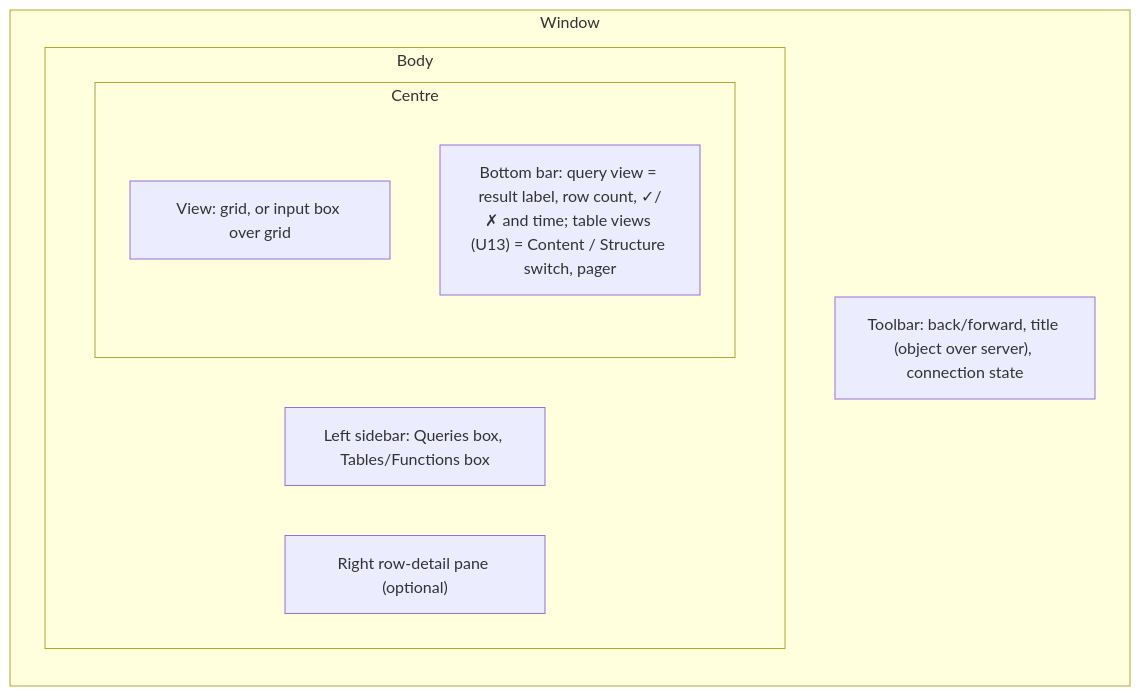
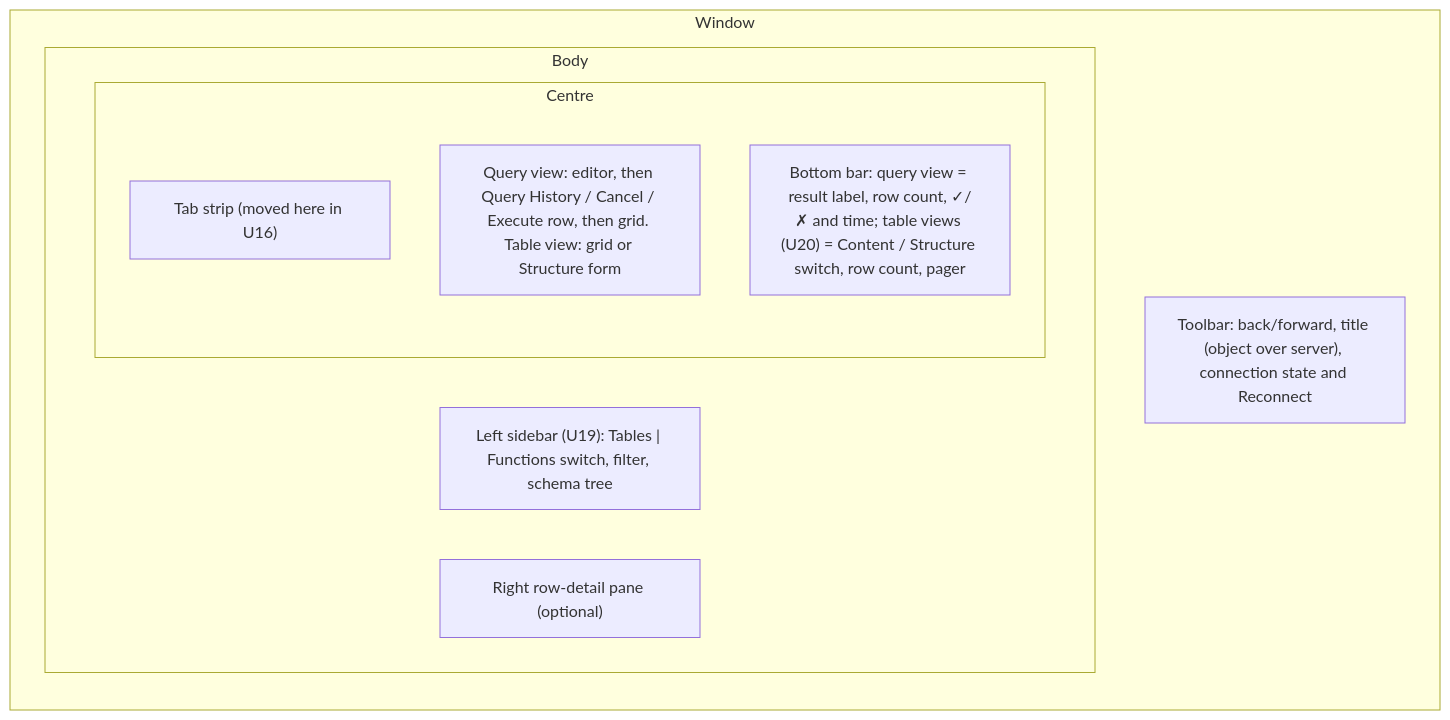
The seventh of 7 diagrams in docs/plans/2026-10-25-2038-feat-postgres-explorer-plan.md (robertguss/safe-c), drawn with Mermaid before and after one commit. The commit also changed other lines of this file, not shown here.

````diff
--- a/docs/plans/2026-10-25-2038-feat-postgres-explorer-plan.md
+++ b/docs/plans/2026-10-25-2038-feat-postgres-explorer-plan.md
@@ -238,17 +329,18 @@
 ```mermaid
 flowchart LR
   subgraph Window
     direction TB
-    TB["Toolbar: back/forward, title (object over server), connection state"]
+    TB["Toolbar: back/forward, title (object over server), connection state and Reconnect"]
     subgraph Body
       direction LR
-      SB["Left sidebar: Queries box, Tables/Functions box"]
+      SB["Left sidebar (U19): Tables | Functions switch, filter, schema tree"]
       subgraph Centre
         direction TB
-        V["View: grid, or input box over grid"]
-        BB["Bottom bar: query view = result label, row count, ✓/✗ and time; table views (U13) = Content / Structure switch, pager"]
+        TS["Tab strip (moved here in U16)"]
+        V["Query view: editor, then Query History / Cancel / Execute row, then grid. Table view: grid or Structure form"]
+        BB["Bottom bar: query view = result label, row count, ✓/✗ and time; table views (U20) = Content / Structure switch, row count, pager"]
       end
       RD["Right row-detail pane (optional)"]
     end
   end
 ```
````
